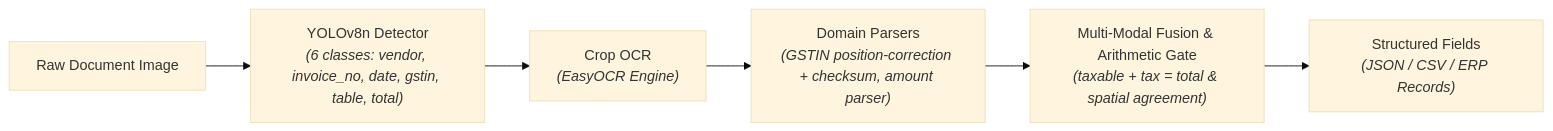
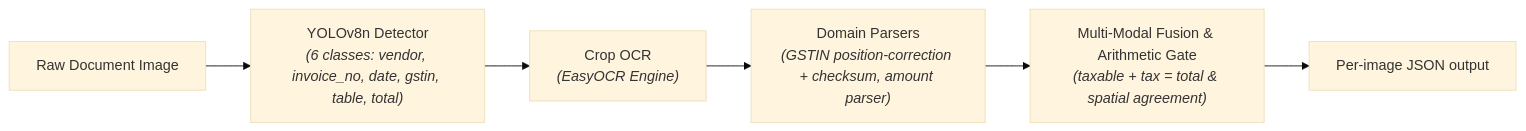
The diagram in README.md (eshwaranai/invoice-vision), drawn with Mermaid (base theme) before and after one commit. The commit also changed other lines of this file and 8 other files, not shown here.

````diff
--- a/README.md
+++ b/README.md
@@ -12,8 +12,8 @@
 ```mermaid
 flowchart LR
     A["Raw Document Image"] --> B["YOLOv8n Detector<br><i>(6 classes: vendor, invoice_no, date, gstin, table, total)</i>"]
     B --> C["Crop OCR<br><i>(EasyOCR Engine)</i>"]
     C --> D["Domain Parsers<br><i>(GSTIN position-correction + checksum, amount parser)</i>"]
     D --> E["Multi-Modal Fusion & Arithmetic Gate<br><i>(taxable + tax = total & spatial agreement)</i>"]
-    E --> F["Structured Fields<br><i>(JSON / CSV / ERP Records)</i>"]
+    E --> F["Per-image JSON output"]
 ```
````
